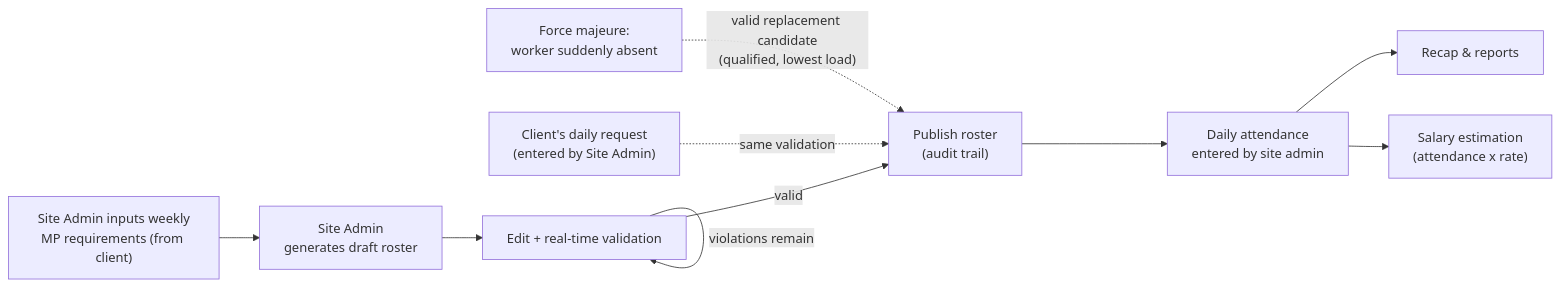
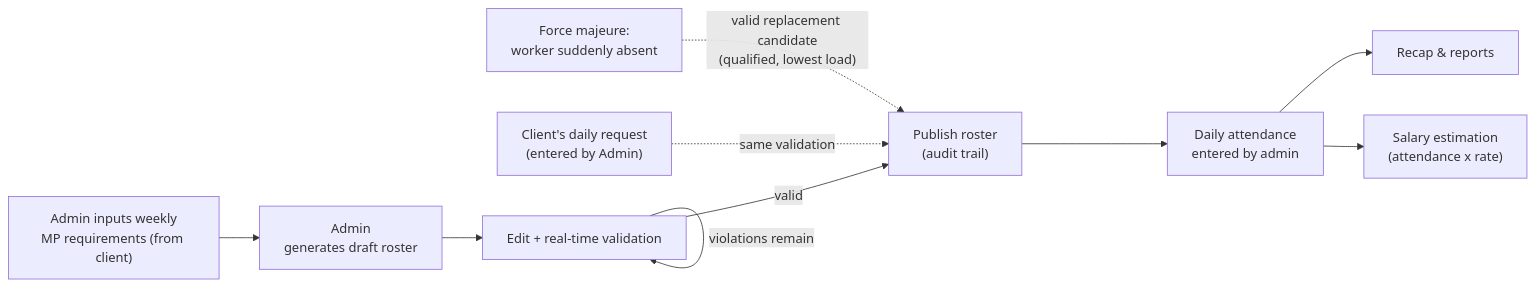
Before and after one commit to XOIntern/Shiftly: the fifth of 5 diagrams in docs/architecture.md, drawn with Mermaid. The commit also changed other lines of this file, not shown here.

First line of the commit message:
docs(architecture): revise domain model per Oct 2026 redesign

````diff
--- a/docs/architecture.md
+++ b/docs/architecture.md
@@ -283,13 +297,13 @@
 ```mermaid
 flowchart LR
-    A["Site Admin inputs weekly<br/>MP requirements (from client)"] --> B["Site Admin<br/>generates draft roster"]
+    A["Admin inputs weekly<br/>MP requirements (from client)"] --> B["Admin<br/>generates draft roster"]
     B --> C["Edit + real-time validation"]
     C -->|violations remain| C
     C -->|valid| D["Publish roster<br/>(audit trail)"]
-    D --> E["Daily attendance<br/>entered by site admin"]
+    D --> E["Daily attendance<br/>entered by admin"]
     E --> F["Recap & reports"]
     E --> G["Salary estimation<br/>(attendance x rate)"]
 
-    H["Client's daily request<br/>(entered by Site Admin)"] -.->|same validation| D
+    H["Client's daily request<br/>(entered by Admin)"] -.->|same validation| D
     I["Force majeure:<br/>worker suddenly absent"] -.->|"valid replacement candidate<br/>(qualified, lowest load)"| D
 ```
````
